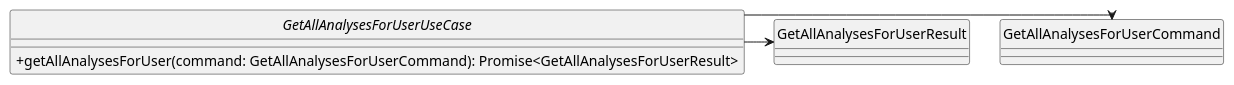
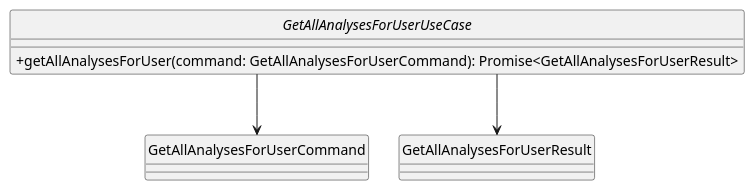
The diagram in assets/st_diagrams/code/plantuml/analysis/application/useCases/getAllAnalysesForUser.uc.plantuml (SkarabGroup/DocumentazioneProgetto), drawn with PlantUML before and after one commit. The commit also changed 45 other files, not shown here.

```diff
--- a/assets/st_diagrams/code/plantuml/analysis/application/useCases/getAllAnalysesForUser.uc.plantuml
+++ b/assets/st_diagrams/code/plantuml/analysis/application/useCases/getAllAnalysesForUser.uc.plantuml
@@ -1,15 +1,15 @@
 @startuml GetAllAnalysesForUserUseCase
 skinparam componentStyle uml2.5
 skinparam linetype ortho
 skinparam nodesep 30
 skinparam ranksep 30
 skinparam ClassAttributeIconSize 0
 hide circles
 
 interface GetAllAnalysesForUserUseCase {
     + getAllAnalysesForUser(command: GetAllAnalysesForUserCommand): Promise<GetAllAnalysesForUserResult>
 }
 
-GetAllAnalysesForUserUseCase --right-> GetAllAnalysesForUserCommand
-GetAllAnalysesForUserUseCase --right-> GetAllAnalysesForUserResult
+GetAllAnalysesForUserUseCase --down-> GetAllAnalysesForUserCommand
+GetAllAnalysesForUserUseCase --down-> GetAllAnalysesForUserResult
 @enduml
```
